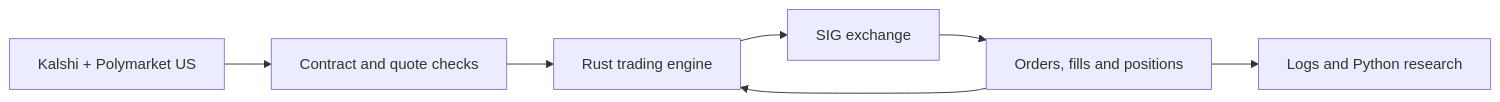
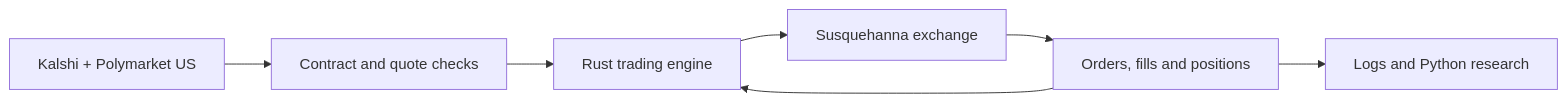
The diagram in README.md (tristandarnell/Susquehanna-Predictions-Cup-Writeup), drawn with Mermaid before and after one commit. The commit also changed other lines of this file and 5 other files, not shown here.

````diff
--- a/README.md
+++ b/README.md
@@ -24,9 +24,9 @@
 ```mermaid
 flowchart LR
     F[Kalshi + Polymarket US] --> V[Contract and quote checks]
     V --> E[Rust trading engine]
-    E --> X[SIG exchange]
+    E --> X[Susquehanna exchange]
     X --> R[Orders, fills and positions]
     R --> E
     R --> J[Logs and Python research]
 ```
````
